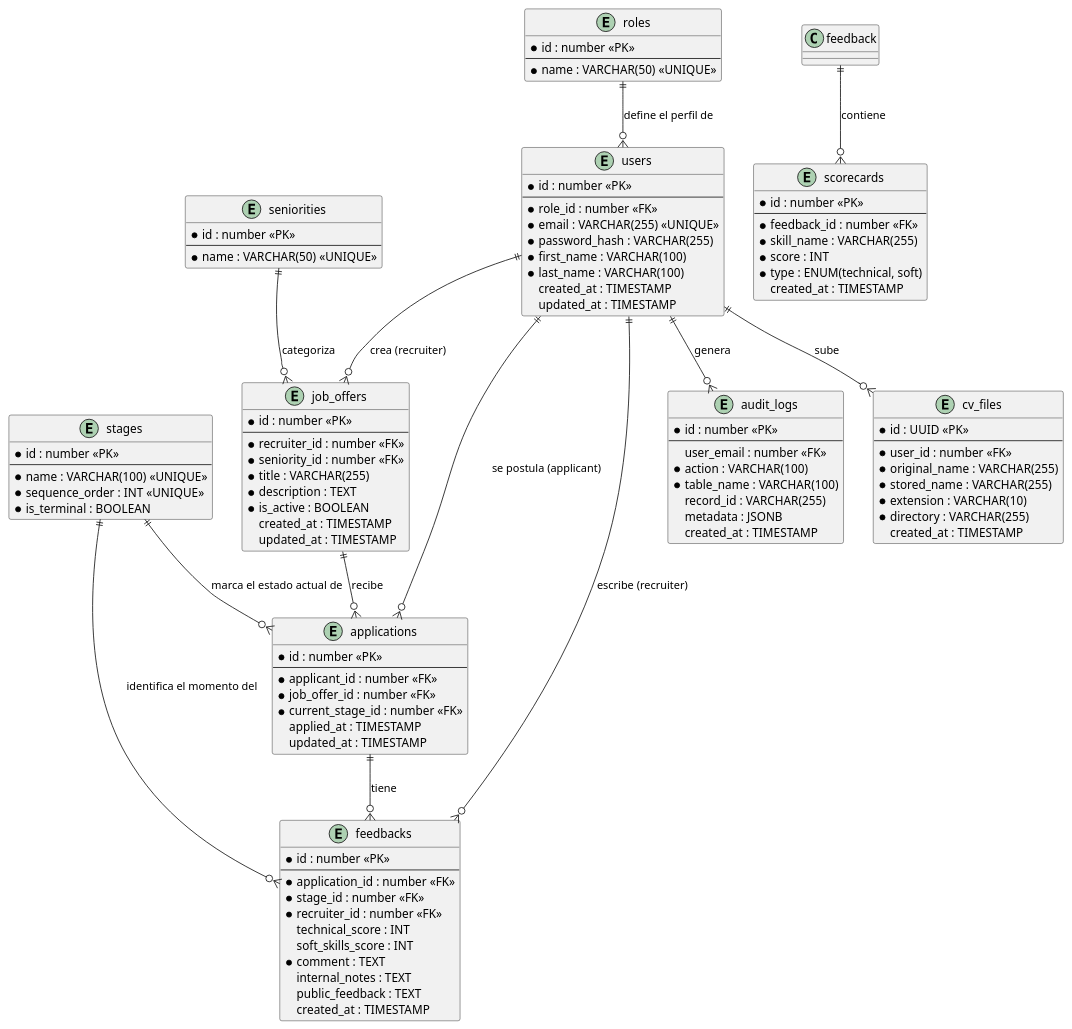
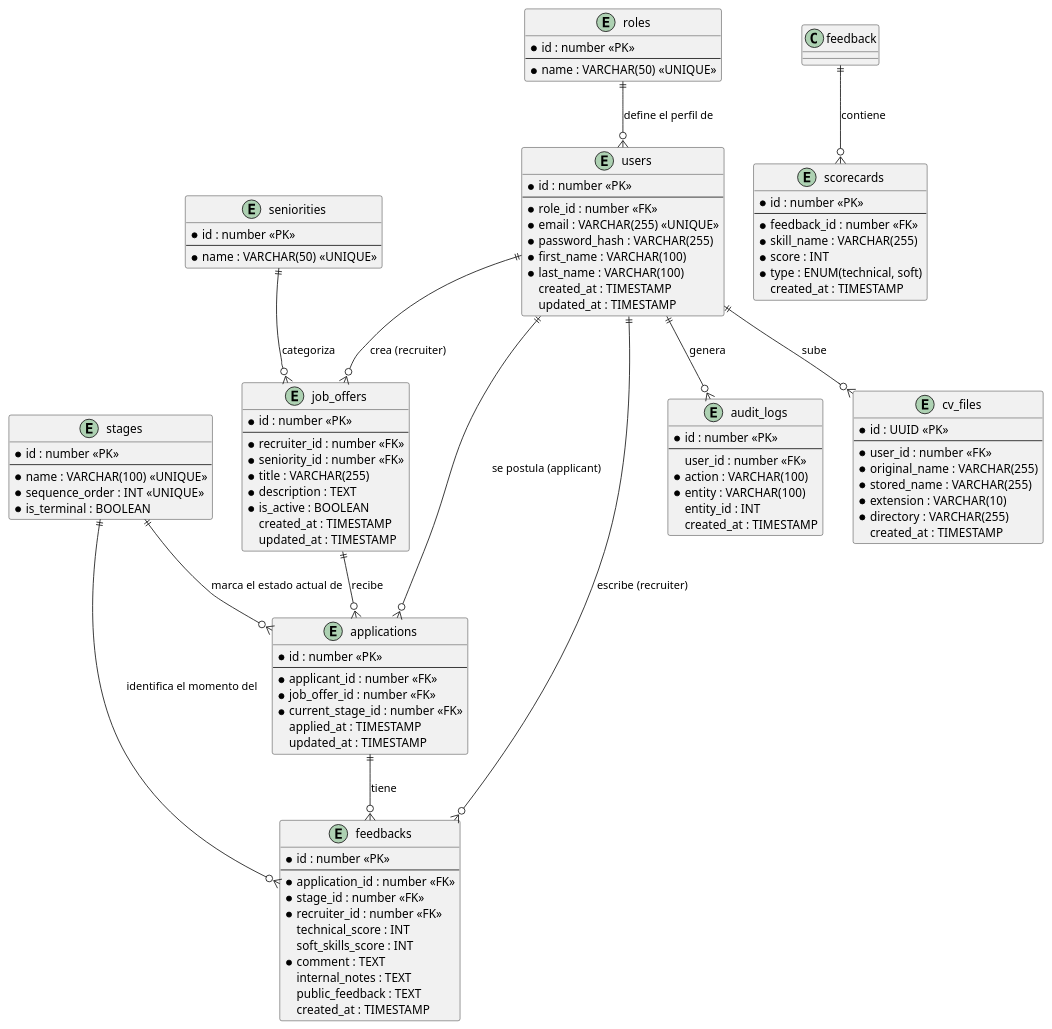
Before and after one commit to LauEroles/NextStep: the diagram in documentacion/der.puml, drawn with PlantUML. The commit also changed 1 other file, not shown here.

Commit message:
update diagrams audit-logs

```diff
--- a/documentacion/der.puml
+++ b/documentacion/der.puml
@@ -1,129 +1,128 @@
 @startuml NextStep DER
 
 entity "users" as users {
   * id : number <<PK>>
   --
   * role_id : number <<FK>>
   * email : VARCHAR(255) <<UNIQUE>>
   * password_hash : VARCHAR(255)
   * first_name : VARCHAR(100)
   * last_name : VARCHAR(100)
   created_at : TIMESTAMP
   updated_at : TIMESTAMP
 }
 
 entity "roles" as roles {
   * id : number <<PK>>
   --
   * name : VARCHAR(50) <<UNIQUE>>
 }
 
 entity "seniorities" as seniorities {
   * id : number <<PK>>
   --
   * name : VARCHAR(50) <<UNIQUE>>
 }
 
 entity "job_offers" as job_offers {
   * id : number <<PK>>
   --
   * recruiter_id : number <<FK>>
   * seniority_id : number <<FK>>
   * title : VARCHAR(255)
   * description : TEXT
   * is_active : BOOLEAN
   created_at : TIMESTAMP
   updated_at : TIMESTAMP
 }
 
 entity "stages" as stages {
   * id : number <<PK>>
   --
   * name : VARCHAR(100) <<UNIQUE>>
   * sequence_order : INT <<UNIQUE>>
   * is_terminal : BOOLEAN
 }
 
 entity "applications" as applications {
   * id : number <<PK>>
   --
   * applicant_id : number <<FK>>
   * job_offer_id : number <<FK>>
   * current_stage_id : number <<FK>>
   applied_at : TIMESTAMP
   updated_at : TIMESTAMP
 }
 
 entity "feedbacks" as feedbacks {
   * id : number <<PK>>
   --
   * application_id : number <<FK>>
   * stage_id : number <<FK>>
   * recruiter_id : number <<FK>>
   technical_score : INT
   soft_skills_score : INT
   * comment : TEXT
   internal_notes : TEXT
   public_feedback : TEXT
   created_at : TIMESTAMP
 }
 
 entity "audit_logs" as audit_logs {
   * id : number <<PK>>
   --
-  user_email : number <<FK>>
+  user_id : number <<FK>>
   * action : VARCHAR(100)
-  * table_name : VARCHAR(100)
-  record_id : VARCHAR(255)
-  metadata : JSONB
+  * entity : VARCHAR(100)
+  entity_id : INT
   created_at : TIMESTAMP
 }
 
 entity "scorecards" as scorecards {
   * id : number <<PK>>
   --
   * feedback_id : number <<FK>>
   * skill_name : VARCHAR(255)
   * score : INT
   * type : ENUM(technical, soft)
   created_at : TIMESTAMP
 }
 
 entity "cv_files" as cv_files {
   * id : UUID <<PK>>
   --
   * user_id : number <<FK>>
   * original_name : VARCHAR(255)
   * stored_name : VARCHAR(255)
   * extension : VARCHAR(10)
   * directory : VARCHAR(255)
   created_at : TIMESTAMP
 }
 
 ' Relación de Usuarios y Roles (1 a Muchos)
 roles ||--o{ users : "define el perfil de"
 
 ' Relaciones de Ofertas y Skills/Seniority
 users ||--o{ job_offers : "crea (recruiter)"
 seniorities ||--o{ job_offers : "categoriza"
 
 ' Relaciones de Postulaciones y Etapas
 users ||--o{ applications : "se postula (applicant)"
 job_offers ||--o{ applications : "recibe"
 stages ||--o{ applications : "marca el estado actual de"
 
 ' Relaciones de Feedback
 applications ||--o{ feedbacks : "tiene"
 stages ||--o{ feedbacks : "identifica el momento del"
 users ||--o{ feedbacks : "escribe (recruiter)"
 
 ' Relaciones de Auditoría
 users ||--o{ audit_logs : "genera"
 
 ' Scorecards
 feedback ||--o{ scorecards : "contiene"
 
 ' CVs
 users ||--o{ cv_files : "sube"
 
 @enduml
```
